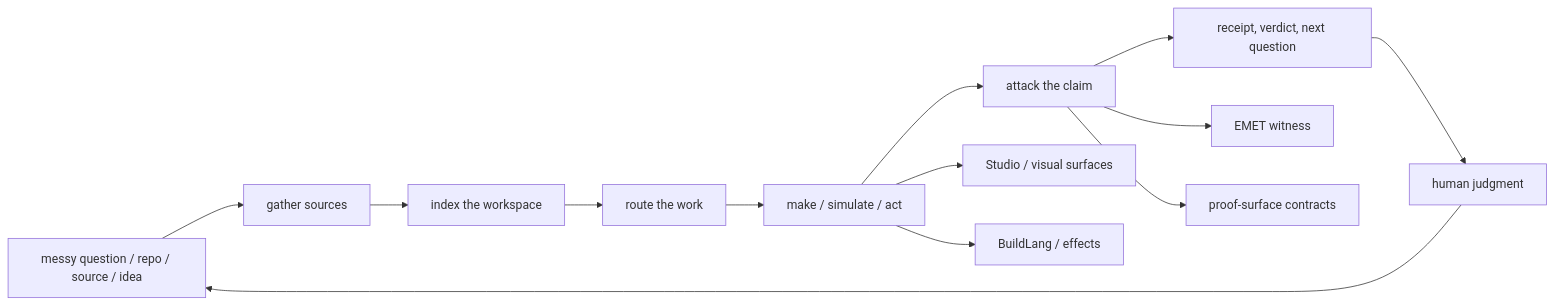
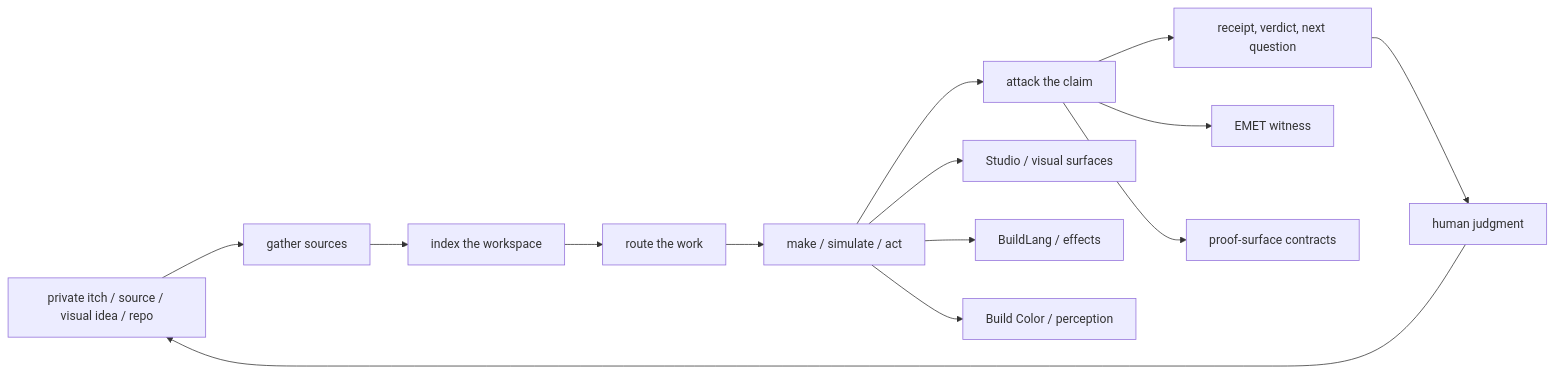
The first of 2 diagrams in README.md (HarperZ9/HarperZ9), drawn with Mermaid before and after one commit. The commit also changed other lines of this file and 4 other files, not shown here.

````diff
--- a/README.md
+++ b/README.md
@@ -378,16 +393,17 @@
 ```mermaid
 flowchart LR
-    messy["messy question / repo / source / idea"] --> gather["gather sources"]
+    itch["private itch / source / visual idea / repo"] --> gather["gather sources"]
     gather --> index["index the workspace"]
     index --> forum["route the work"]
     forum --> telos["make / simulate / act"]
     telos --> crucible["attack the claim"]
     crucible --> receipt["receipt, verdict, next question"]
     receipt --> human["human judgment"]
-    human --> messy
+    human --> itch
 
     telos --> studio["Studio / visual surfaces"]
     telos --> buildlang["BuildLang / effects"]
+    telos --> color["Build Color / perception"]
     crucible --> emet["EMET witness"]
     crucible --> proof["proof-surface contracts"]
 ```
````
